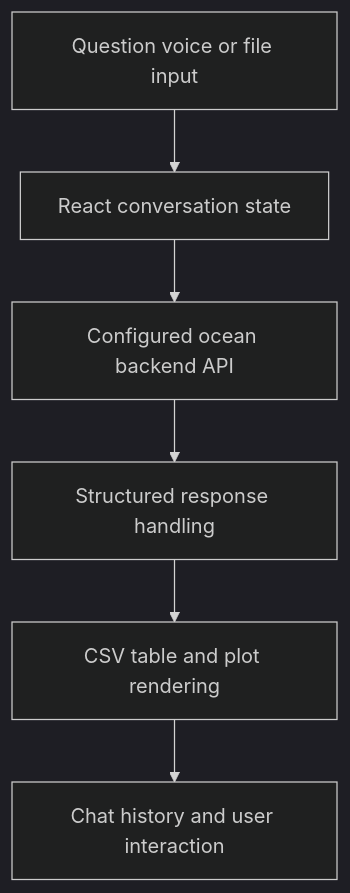
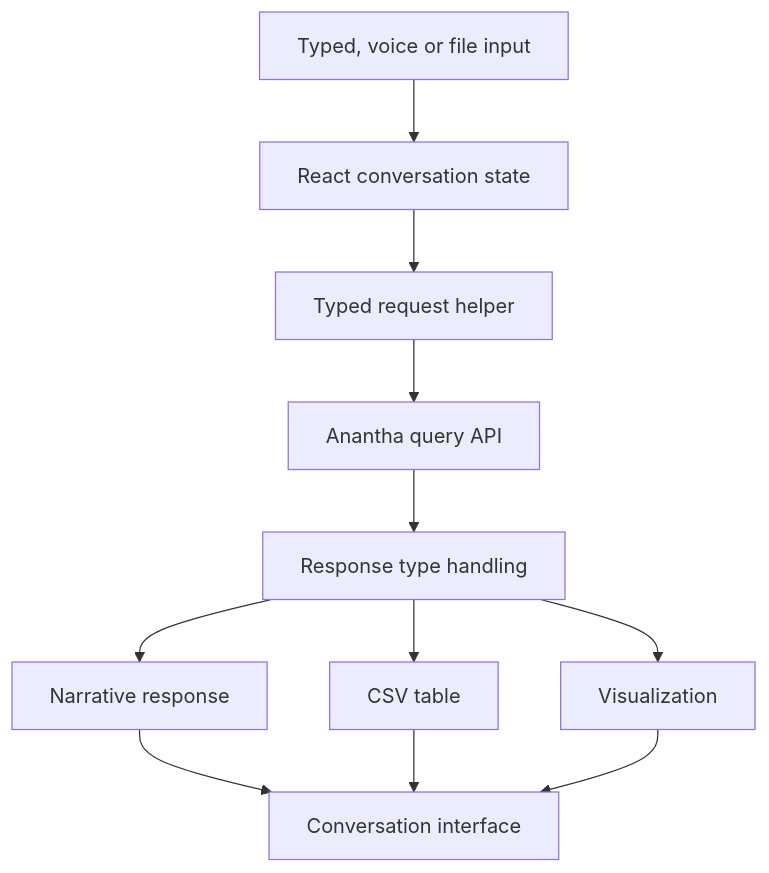
One commit to ryash14/Anantha-Frontend changed the diagram in README.md. Above: the diagram before and after it, drawn with Mermaid. The commit also changed other lines of this file and 5 other files, not shown here.

Commit message:
docs: explain purpose, architecture, usage and contribution workflow

````diff
--- a/README.md
+++ b/README.md
@@ -7,15 +35,13 @@
 ```mermaid
-%%{init: {'theme': 'dark'}}%%
-flowchart TD
-    N0["Question voice or file input"]
-    N1["React conversation state"]
-    N2["Configured ocean backend API"]
-    N3["Structured response handling"]
-    N4["CSV table and plot rendering"]
-    N5["Chat history and user interaction"]
-    N0 --> N1
-    N1 --> N2
-    N2 --> N3
-    N3 --> N4
-    N4 --> N5
+flowchart TB
+    Input["Typed, voice or file input"] --> State["React conversation state"]
+    State --> API["Typed request helper"]
+    API --> Backend["Anantha query API"]
+    Backend --> Parse["Response type handling"]
+    Parse --> Text["Narrative response"]
+    Parse --> Table["CSV table"]
+    Parse --> Plot["Visualization"]
+    Text --> Chat["Conversation interface"]
+    Table --> Chat
+    Plot --> Chat
 ```
````
